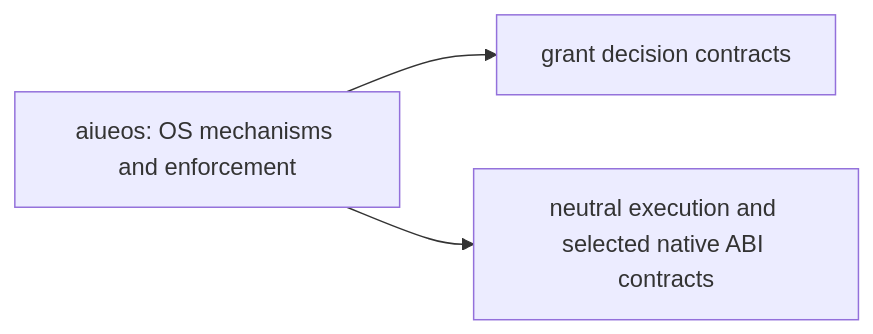
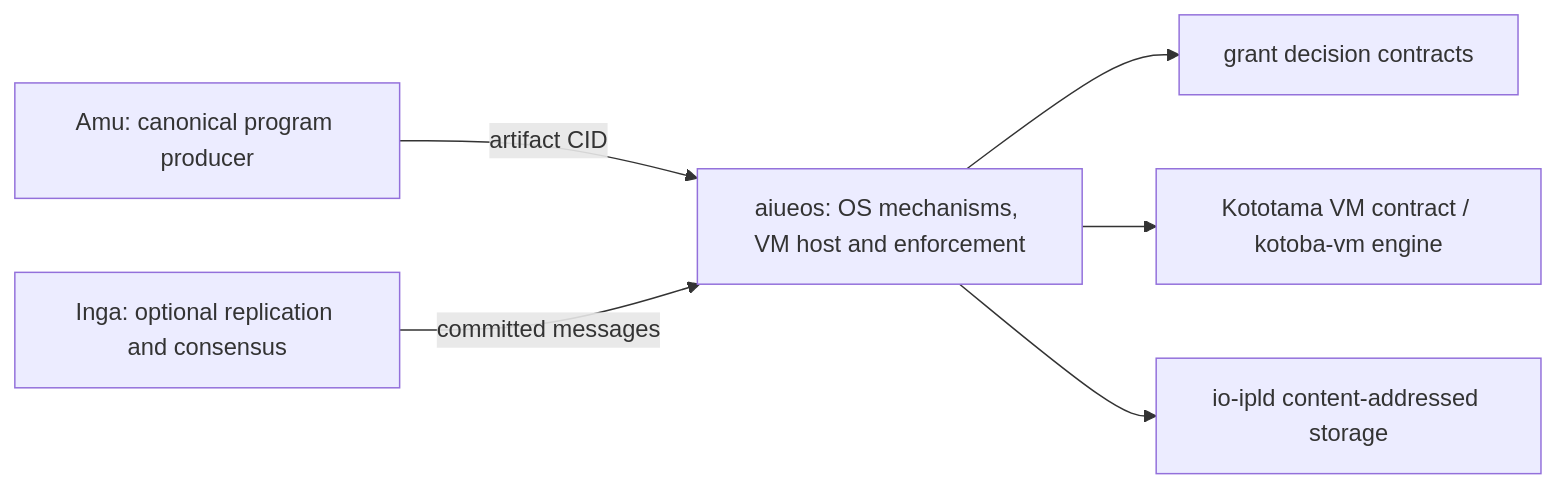
Before and after one commit to kotoba-lang/aiueos: the diagram in docs/stack-architecture.md, drawn with Mermaid. The commit also changed other lines of this file and 27 other files, not shown here.

````diff
--- a/docs/stack-architecture.md
+++ b/docs/stack-architecture.md
@@ -16,6 +26,9 @@
 ```mermaid
 flowchart LR
-  Owner["aiueos: OS mechanisms and enforcement"]
+Owner["aiueos: OS mechanisms, VM host and enforcement"]
   Owner --> D0["grant decision contracts"]
-  Owner --> D1["neutral execution and selected native ABI contracts"]
+  Owner --> D1["Kototama VM contract / kotoba-vm engine"]
+  Owner --> D2["io-ipld content-addressed storage"]
+  Producer["Amu: canonical program producer"] -->|artifact CID| Owner
+  Consensus["Inga: optional replication and consensus"] -->|committed messages| Owner
 ```
````
